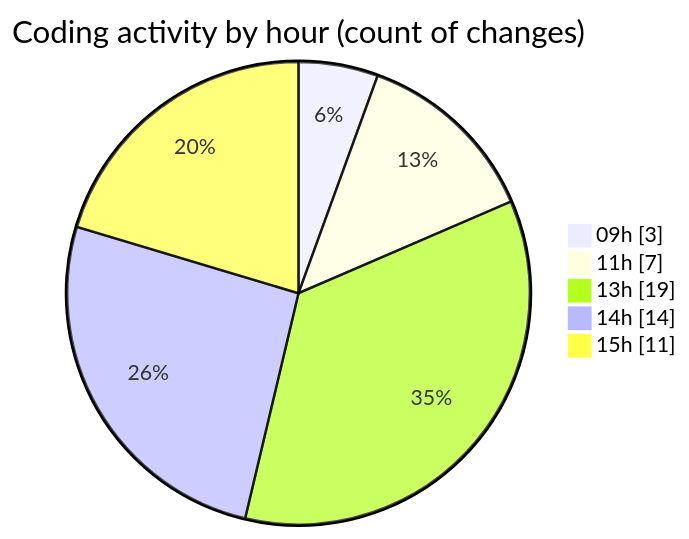
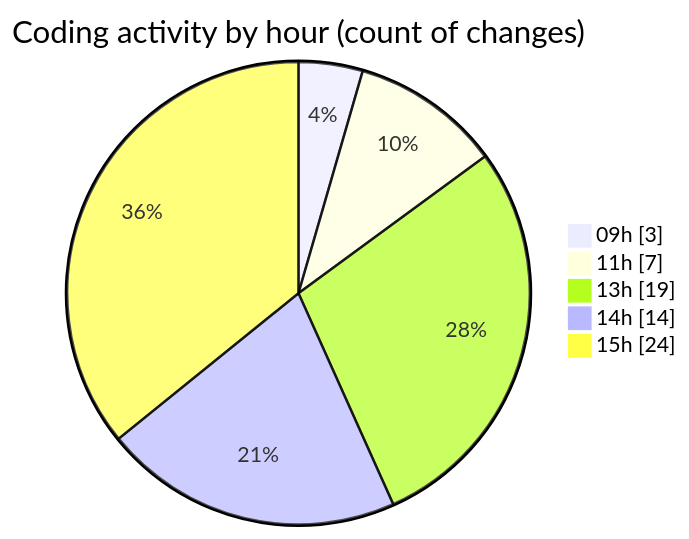
The second of 2 diagrams in 2026-10-19/cda/README.md (momahboobian/code-tracking), drawn with Mermaid before and after one commit. The commit also changed other lines of this file and 1 other file, not shown here.

````diff
--- a/2026-10-19/cda/README.md
+++ b/2026-10-19/cda/README.md
@@ -49,9 +53,9 @@
 ```mermaid
 pie showData
 title Coding activity by hour (count of changes)
 "09h" : 3
 "11h" : 7
 "13h" : 19
 "14h" : 14
-"15h" : 11
+"15h" : 24
 ```
````
